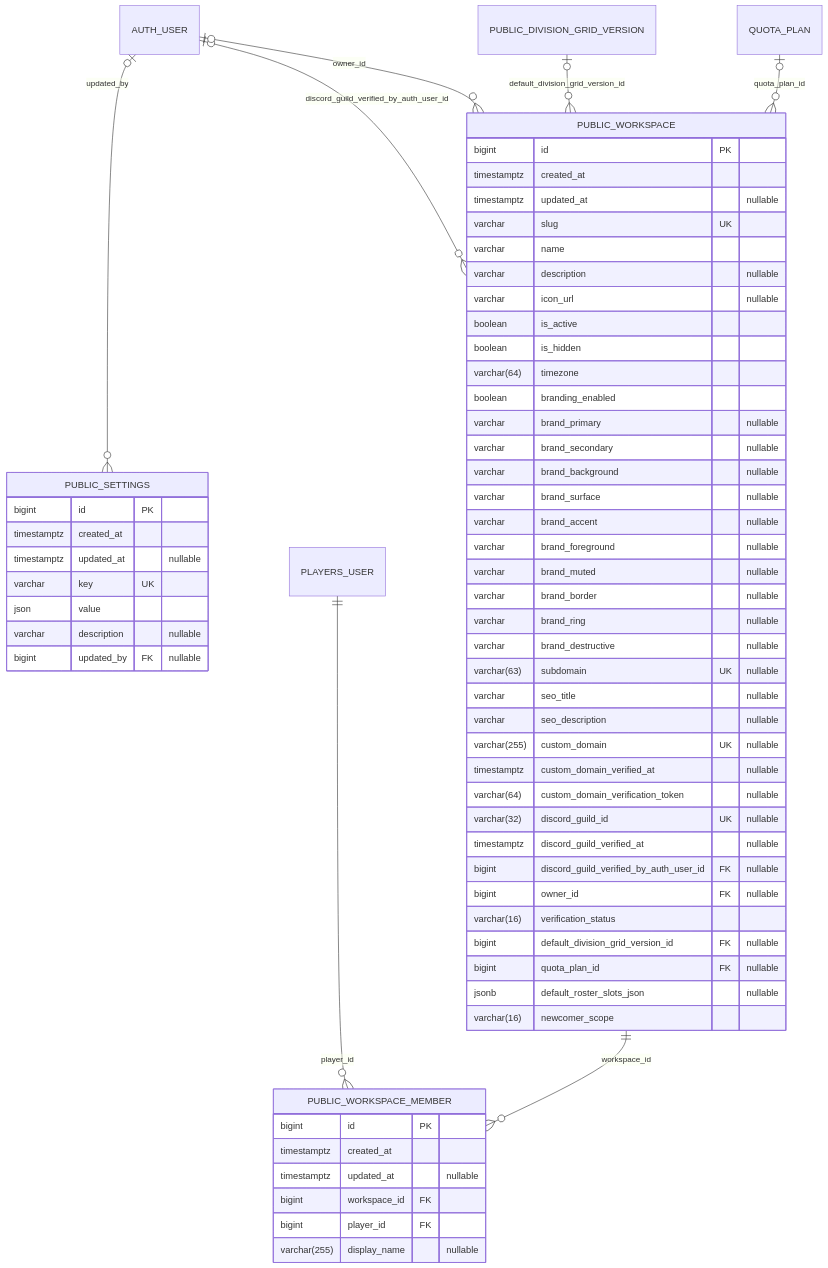
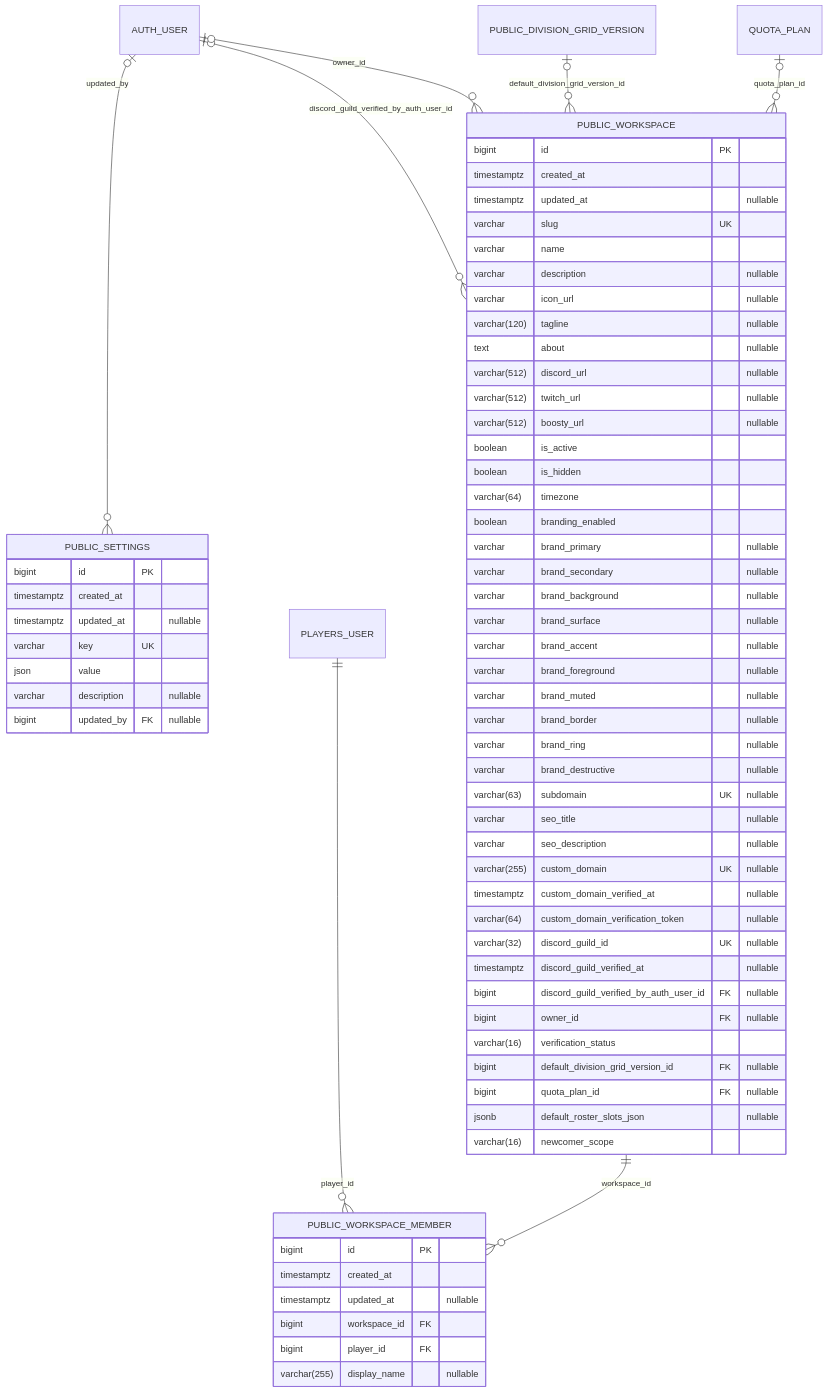
Before and after one commit to CraazzzyyFoxx/overwatch-tournaments: the third of 20 diagrams in docs/database_erd.md, drawn with Mermaid. The commit also changed other lines of this file and 20 other files, not shown here.

````diff
--- a/docs/database_erd.md
+++ b/docs/database_erd.md
@@ -400,66 +400,71 @@
 ```mermaid
 erDiagram
     PUBLIC_SETTINGS {
         bigint id PK
         timestamptz created_at
         timestamptz updated_at "nullable"
         varchar key UK
         json value
         varchar description "nullable"
         bigint updated_by FK "nullable"
     }
     PUBLIC_WORKSPACE {
         bigint id PK
         timestamptz created_at
         timestamptz updated_at "nullable"
         varchar slug UK
         varchar name
         varchar description "nullable"
         varchar icon_url "nullable"
+        varchar(120) tagline "nullable"
+        text about "nullable"
+        varchar(512) discord_url "nullable"
+        varchar(512) twitch_url "nullable"
+        varchar(512) boosty_url "nullable"
         boolean is_active
         boolean is_hidden
         varchar(64) timezone
         boolean branding_enabled
         varchar brand_primary "nullable"
         varchar brand_secondary "nullable"
         varchar brand_background "nullable"
         varchar brand_surface "nullable"
         varchar brand_accent "nullable"
         varchar brand_foreground "nullable"
         varchar brand_muted "nullable"
         varchar brand_border "nullable"
         varchar brand_ring "nullable"
         varchar brand_destructive "nullable"
         varchar(63) subdomain UK "nullable"
         varchar seo_title "nullable"
         varchar seo_description "nullable"
         varchar(255) custom_domain UK "nullable"
         timestamptz custom_domain_verified_at "nullable"
         varchar(64) custom_domain_verification_token "nullable"
         varchar(32) discord_guild_id UK "nullable"
         timestamptz discord_guild_verified_at "nullable"
         bigint discord_guild_verified_by_auth_user_id FK "nullable"
         bigint owner_id FK "nullable"
         varchar(16) verification_status
         bigint default_division_grid_version_id FK "nullable"
         bigint quota_plan_id FK "nullable"
         jsonb default_roster_slots_json "nullable"
         varchar(16) newcomer_scope
     }
     PUBLIC_WORKSPACE_MEMBER {
         bigint id PK
         timestamptz created_at
         timestamptz updated_at "nullable"
         bigint workspace_id FK
         bigint player_id FK
         varchar(255) display_name "nullable"
     }
 
     AUTH_USER |o--o{ PUBLIC_SETTINGS : "updated_by"
     AUTH_USER |o--o{ PUBLIC_WORKSPACE : "discord_guild_verified_by_auth_user_id"
     AUTH_USER |o--o{ PUBLIC_WORKSPACE : "owner_id"
     PLAYERS_USER ||--o{ PUBLIC_WORKSPACE_MEMBER : "player_id"
     PUBLIC_DIVISION_GRID_VERSION |o--o{ PUBLIC_WORKSPACE : "default_division_grid_version_id"
     PUBLIC_WORKSPACE ||--o{ PUBLIC_WORKSPACE_MEMBER : "workspace_id"
     QUOTA_PLAN |o--o{ PUBLIC_WORKSPACE : "quota_plan_id"
 ```
````
